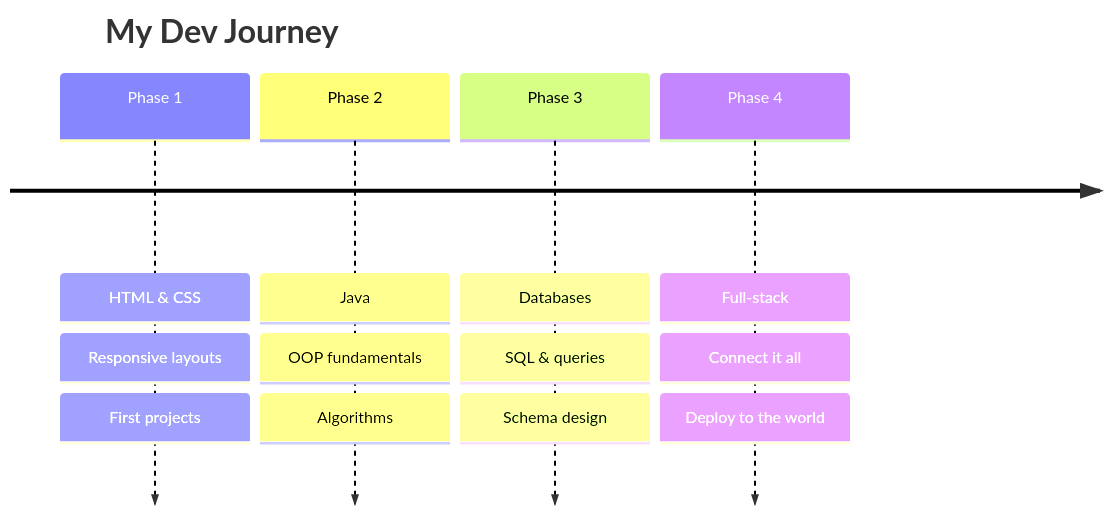
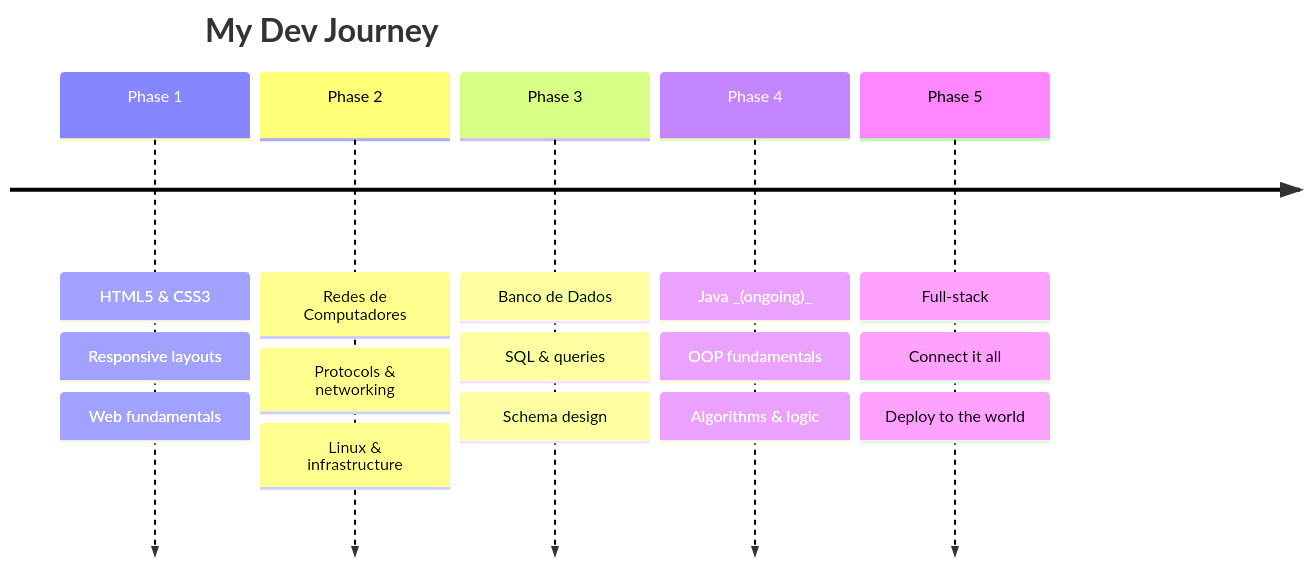
Before and after one commit to Guibentes/Guibentes: the diagram in README.md, drawn with Mermaid. The commit also changed other lines of this file, not shown here.

````diff
--- a/README.md
+++ b/README.md
@@ -63,16 +69,19 @@
 ```mermaid
 timeline
     title My Dev Journey
-    Phase 1 : HTML & CSS
+    Phase 1 : HTML5 & CSS3
             : Responsive layouts
-            : First projects
-    Phase 2 : Java
-            : OOP fundamentals
-            : Algorithms
-    Phase 3 : Databases
+            : Web fundamentals
+    Phase 2 : Redes de Computadores
+            : Protocols & networking
+            : Linux & infrastructure
+    Phase 3 : Banco de Dados
             : SQL & queries
             : Schema design
-    Phase 4 : Full-stack
+    Phase 4 : Java _(ongoing)_
+            : OOP fundamentals
+            : Algorithms & logic
+    Phase 5 : Full-stack
             : Connect it all
             : Deploy to the world
 ```
````
